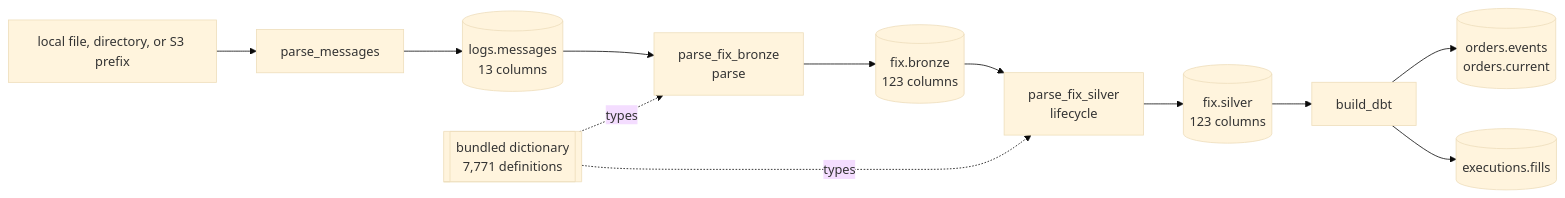
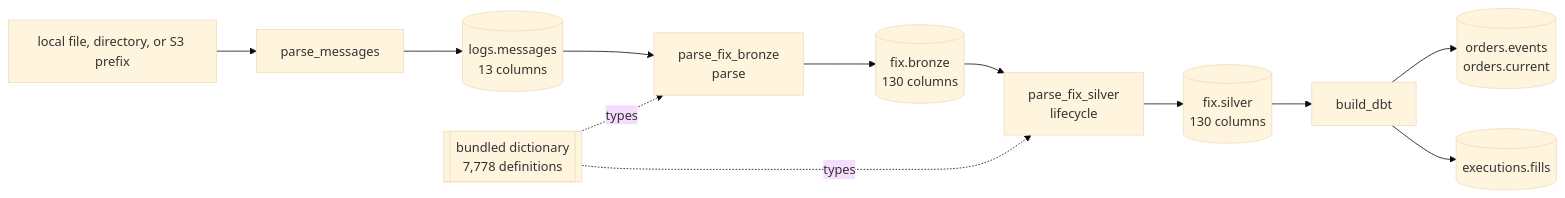
The diagram in docs/pipeline/index.md (Platob/yggfin), drawn with Mermaid (base theme) before and after one commit. The commit also changed other lines of this file and 1041 other files, not shown here.

````diff
--- a/docs/pipeline/index.md
+++ b/docs/pipeline/index.md
@@ -6,14 +6,14 @@
 ```mermaid
 flowchart LR
     U["local file, directory, or S3 prefix"] --> T["parse_messages"]
     T --> M[("logs.messages<br/>13 columns")]
     M --> F["parse_fix_bronze<br/>parse"]
-    R[["bundled dictionary<br/>7,771 definitions"]] -.types.-> F
-    F --> X[("fix.bronze<br/>123 columns")]
+    R[["bundled dictionary<br/>7,778 definitions"]] -.types.-> F
+    F --> X[("fix.bronze<br/>130 columns")]
     X --> L["parse_fix_silver<br/>lifecycle"]
     R -.types.-> L
-    L --> S[("fix.silver<br/>123 columns")]
+    L --> S[("fix.silver<br/>130 columns")]
     S --> B["build_dbt"]
     B --> O[("orders.events<br/>orders.current")]
     B --> C[("executions.fills")]
 ```
````
